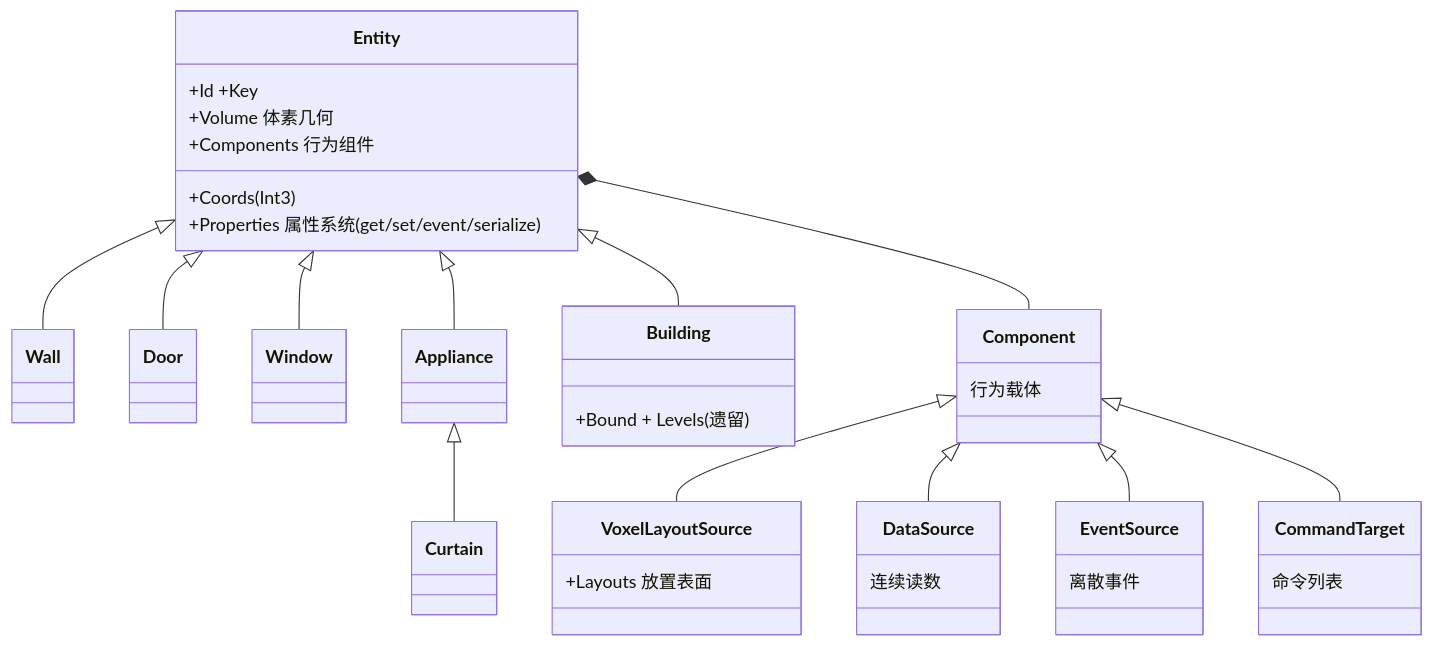
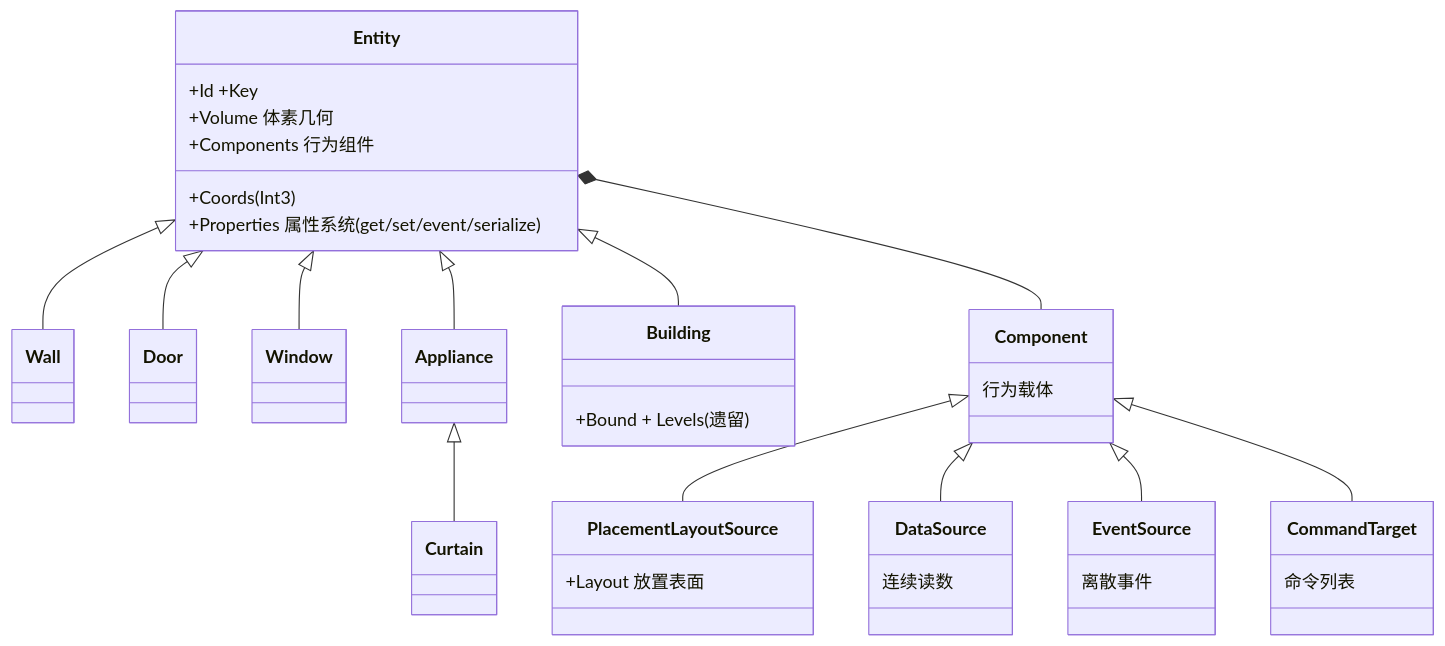
Before and after one commit to momoka-ai/momoka: the first of 4 diagrams in Documentation/DESIGN_HOME.md, drawn with Mermaid. The commit also changed other lines of this file and 24 other files, not shown here.

First line of the commit message:
[Home]: Refactor; Rename States to Properties, VoxelLayoutSource to PlacementLayoutSource

````diff
--- a/Documentation/DESIGN_HOME.md
+++ b/Documentation/DESIGN_HOME.md
@@ -38,47 +38,47 @@
 ```mermaid
 classDiagram
     direction TB
 
     class Entity {
         +Id +Key
         +Coords(Int3)
         +Volume 体素几何
         +Properties 属性系统(get/set/event/serialize)
         +Components 行为组件
     }
     class Wall
     class Door
     class Window
     class Appliance
     class Curtain
     class Building {
         +Bound + Levels(遗留)
     }
     class Component {
         行为载体
     }
-    class VoxelLayoutSource {
-        +Layouts 放置表面
+    class PlacementLayoutSource {
+        +Layout 放置表面
     }
     class DataSource {
         连续读数
     }
     class EventSource {
         离散事件
     }
     class CommandTarget {
         命令列表
     }
 
     Entity <|-- Wall
     Entity <|-- Door
     Entity <|-- Window
     Entity <|-- Appliance
     Entity <|-- Building
     Appliance <|-- Curtain
-    Component <|-- VoxelLayoutSource
+    Component <|-- PlacementLayoutSource
     Component <|-- DataSource
     Component <|-- EventSource
     Component <|-- CommandTarget
     Entity *-- Component
 ```
````
